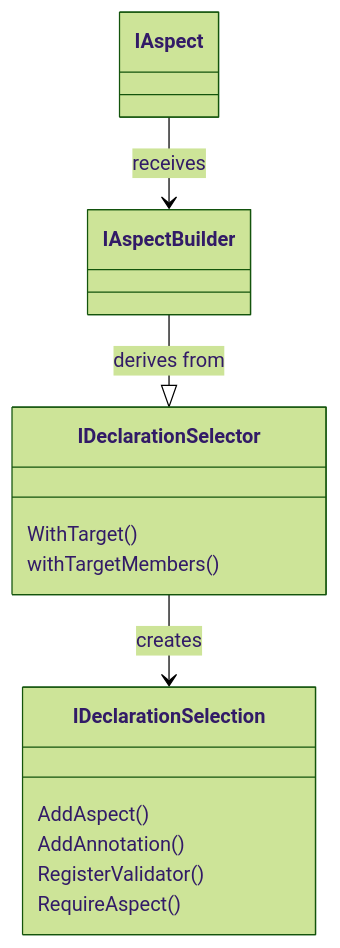
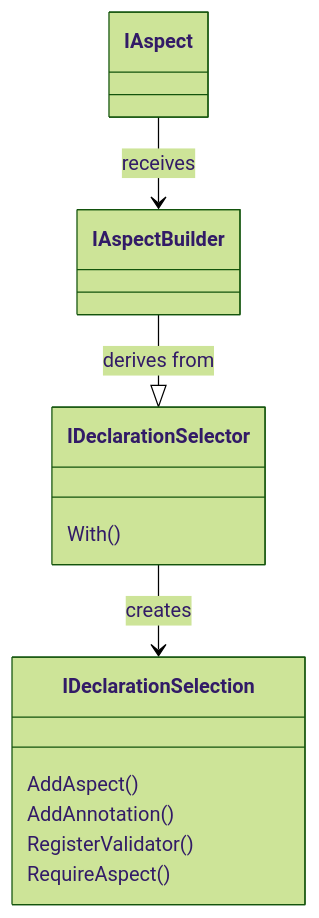
Before and after one commit to postsharp/Metalama.Documentation: the third of 4 diagrams in docfx/namespaces/Metalama.Framework.Aspects.md, drawn with Mermaid (forest theme). The commit also changed 34 other files, not shown here.

````diff
--- a/docfx/namespaces/Metalama.Framework.Aspects.md
+++ b/docfx/namespaces/Metalama.Framework.Aspects.md
@@ -86,24 +86,23 @@
 ```mermaid
 classDiagram
 
     IAspect --> IAspectBuilder : receives
     
     class IAspectBuilder {
     }
 
     class IDeclarationSelector {
-        WithTarget()
-        withTargetMembers()
+        With()
     }
 
     IAspectBuilder --|> IDeclarationSelector : derives from
 
     class IDeclarationSelection {
         AddAspect()
         AddAnnotation()
         RegisterValidator()
         RequireAspect()
     }
 
     IDeclarationSelector --> IDeclarationSelection : creates
 ```
````
